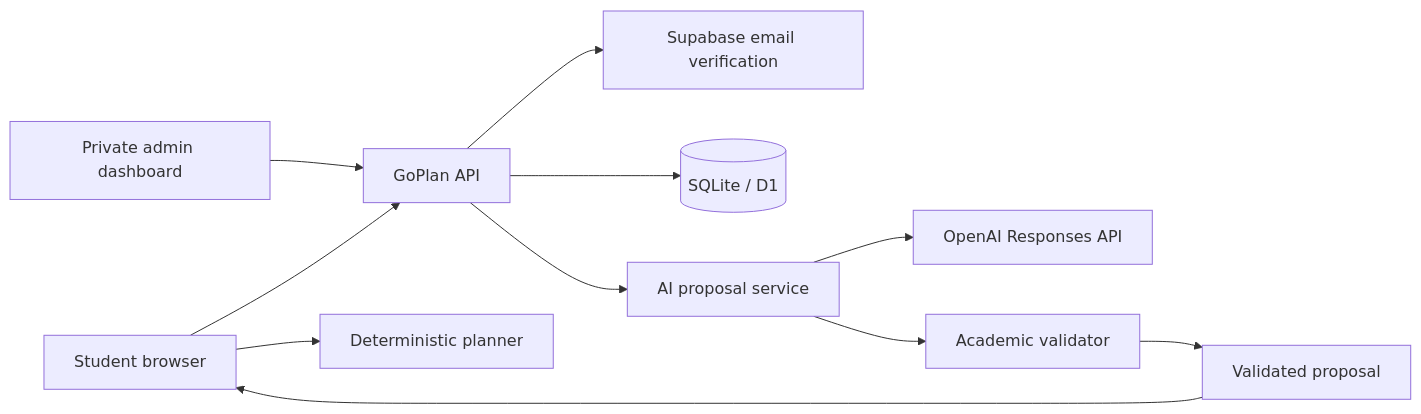
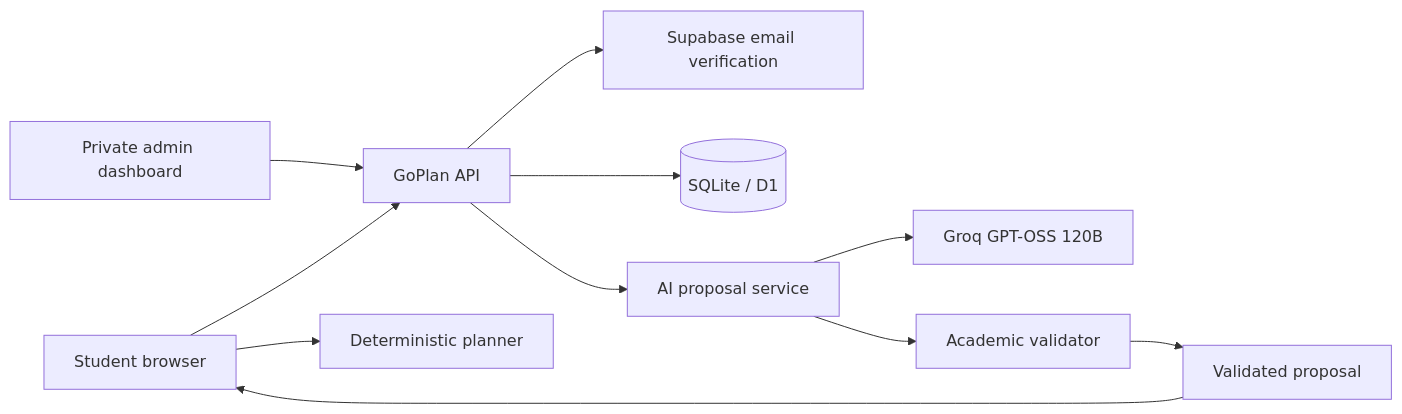
One commit to soulaymanealahiane/GoPlan changed the diagram in docs/ARCHITECTURE.md. Above: the diagram before and after it, drawn with Mermaid. The commit also changed 28 other files, not shown here.

Commit message:
Migrate AI adviser and evidence research to Groq GPT-OSS 120B

````diff
--- a/docs/ARCHITECTURE.md
+++ b/docs/ARCHITECTURE.md
@@ -3,13 +3,13 @@
 ```mermaid
 flowchart LR
     Student[Student browser] --> API[GoPlan API]
     Admin[Private admin dashboard] --> API
     API --> Auth[Supabase email verification]
     API --> Store[(SQLite / D1)]
     API --> Agent[AI proposal service]
-    Agent --> Model[OpenAI Responses API]
+    Agent --> Model[Groq GPT-OSS 120B]
     Agent --> Rules[Academic validator]
     Student --> Scheduler[Deterministic planner]
     Rules --> Proposal[Validated proposal]
     Proposal --> Student
 ```
````
